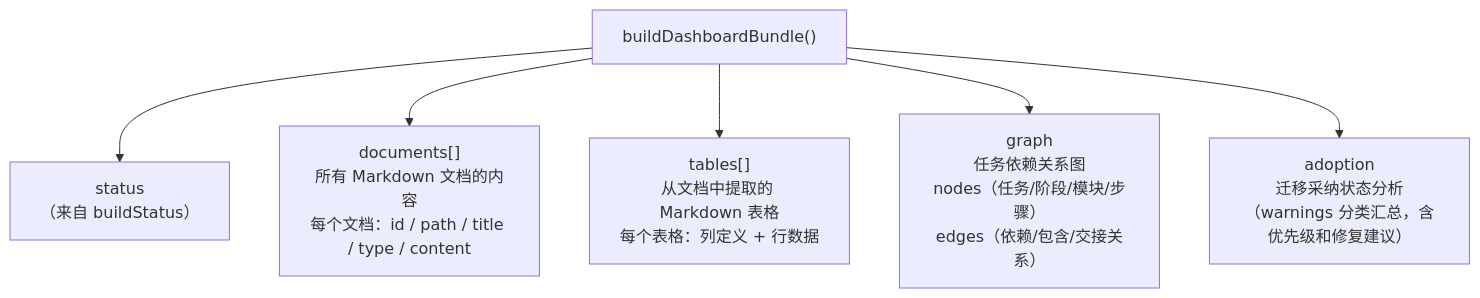
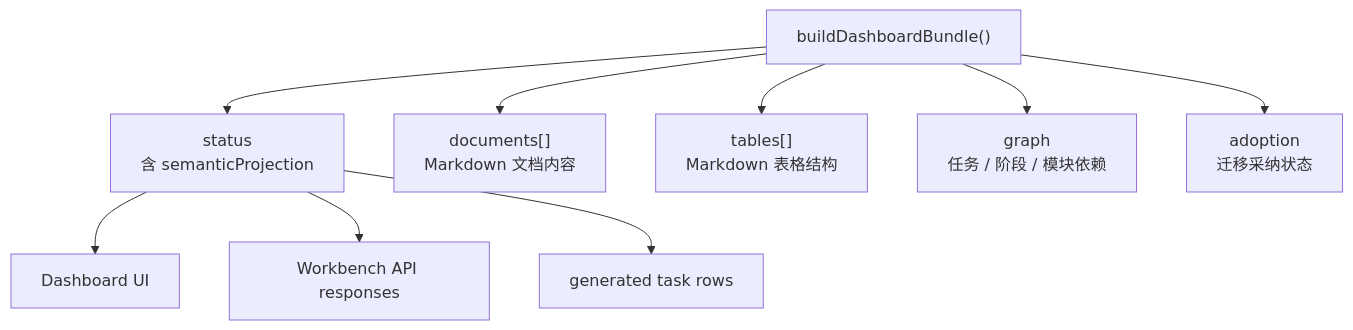
One commit to FairladyZ625/coding-agent-harness changed the seventh of 8 diagrams in docs-release/architecture/system-explainer/05-data-flow.md. Above: the diagram before and after it, drawn with Mermaid. The commit also changed other lines of this file and 13 other files, not shown here.

Commit message:
docs: align release architecture docs

````diff
--- a/docs-release/architecture/system-explainer/05-data-flow.md
+++ b/docs-release/architecture/system-explainer/05-data-flow.md
@@ -136,10 +140,13 @@
 ```mermaid
 flowchart TD
   Bundle["buildDashboardBundle()"]
+  Bundle --> Status["status\n含 semanticProjection"]
+  Bundle --> Documents["documents[]\nMarkdown 文档内容"]
+  Bundle --> Tables["tables[]\nMarkdown 表格结构"]
+  Bundle --> Graph["graph\n任务 / 阶段 / 模块依赖"]
+  Bundle --> Adoption["adoption\n迁移采纳状态"]
 
-  Bundle --> Status["status\n（来自 buildStatus）"]
-  Bundle --> Documents["documents[]\n所有 Markdown 文档的内容\n每个文档：id / path / title / type / content"]
-  Bundle --> Tables["tables[]\n从文档中提取的 Markdown 表格\n每个表格：列定义 + 行数据"]
-  Bundle --> Graph["graph\n任务依赖关系图\nnodes（任务/阶段/模块/步骤）\nedges（依赖/包含/交接关系）"]
-  Bundle --> Adoption["adoption\n迁移采纳状态分析\n（warnings 分类汇总，含优先级和修复建议）"]
+  Status --> UI["Dashboard UI"]
+  Status --> Workbench["Workbench API responses"]
+  Status --> Generated["generated task rows"]
 ```
````
